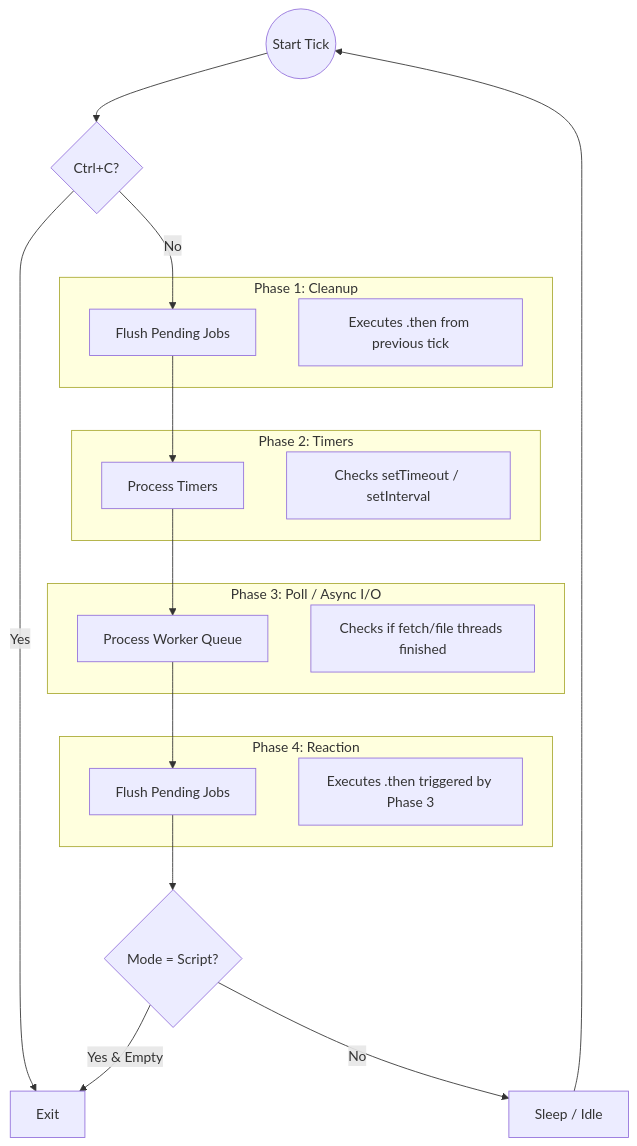
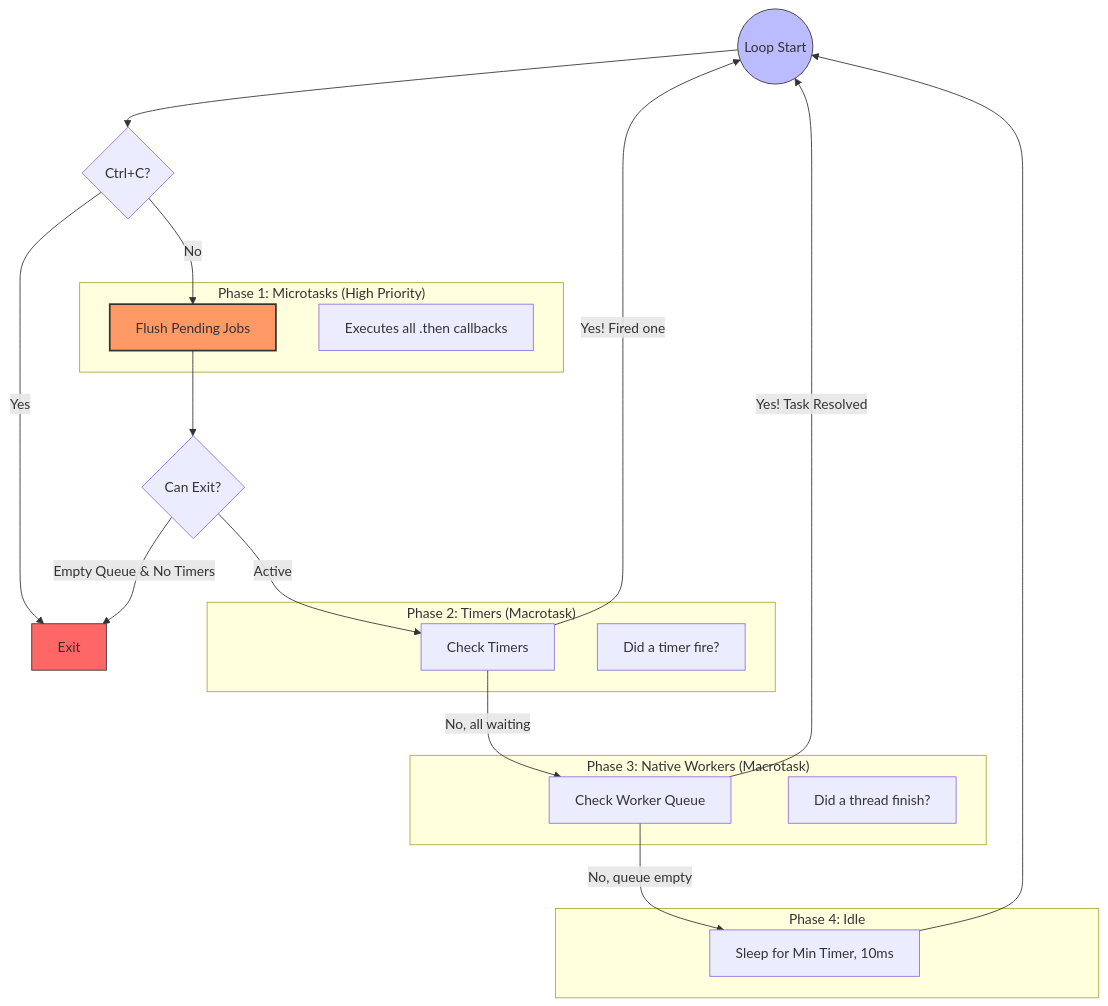
The diagram in README.md (ndrean/zanitizer), drawn with Mermaid before and after one commit. The commit also changed other lines of this file and 27 other files, not shown here.

Commit message:
[Fix] EvtLoop, ScriptEngine, NativeZigCSV_Parser

````diff
--- a/README.md
+++ b/README.md
@@ -40,39 +34,43 @@
 ```mermaid
 graph TD
-    Start((Start Tick)) --> SignalCheck{Ctrl+C?}
+    %% Nodes
+    Start((Loop Start)) --> SignalCheck{Ctrl+C?}
     SignalCheck -- Yes --> Exit
     SignalCheck -- No --> Microtasks1
 
-    subgraph "Phase 1: Cleanup"
+    subgraph "Phase 1: Microtasks (High Priority)"
     Microtasks1[Flush Pending Jobs]
-    note1[Executes .then from previous tick]
+    note1[Executes all .then callbacks]
     end
 
-    Microtasks1 --> Timers
+    Microtasks1 --> ExitCheck{Can Exit?}
+    ExitCheck -- Empty Queue & No Timers --> Exit
+    ExitCheck -- Active --> Timers
 
-    subgraph "Phase 2: Timers"
-    Timers[Process Timers]
-    note2[Checks setTimeout / setInterval]
+    subgraph "Phase 2: Timers (Macrotask)"
+    Timers[Check Timers]
+    note2[Did a timer fire?]
     end
 
-    Timers --> AsyncIO
+    Timers -- Yes! Fired one --> Start
+    Timers -- No, all waiting --> Workers
 
-    subgraph "Phase 3: Poll / Async I/O"
-    AsyncIO[Process Worker Queue]
-    note3[Checks if fetch/file threads finished]
+    subgraph "Phase 3: Native Workers (Macrotask)"
+    Workers[Check Worker Queue]
+    note3[Did a thread finish?]
     end
 
-    AsyncIO --> Microtasks2
+    Workers -- Yes! Task Resolved --> Start
+    Workers -- No, queue empty --> Sleep
 
-    subgraph "Phase 4: Reaction"
-    Microtasks2[Flush Pending Jobs]
-    note4[Executes .then triggered by Phase 3]
+    subgraph "Phase 4: Idle"
+    Sleep[Sleep for Min Timer, 10ms]
     end
 
-    Microtasks2 --> AutoExit{Mode = Script?}
-    
-    AutoExit -- Yes & Empty --> Exit
-    AutoExit -- No --> Sleep
-    
-    Sleep[Sleep / Idle] --> Start
+    Sleep --> Start
+
+    %% Styling
+    style Microtasks1 fill:#f96,stroke:#333,stroke-width:2px
+    style Start fill:#bbf,stroke:#333
+    style Exit fill:#f66,stroke:#333
 ```
````
